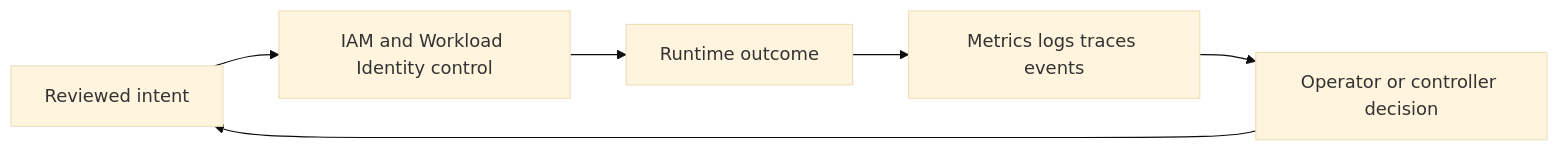
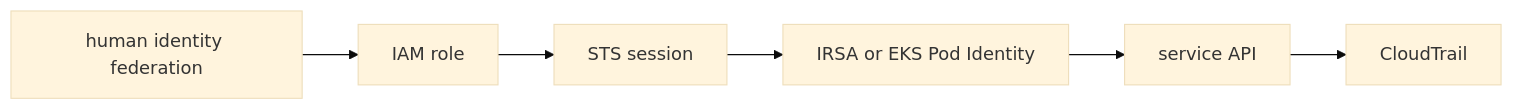
Before and after one commit to m1mohamad/devops-sre-prep: the diagram in docs/study/aws/03-iam-and-workload-identity.md, drawn with Mermaid (base theme). The commit also changed other lines of this file and 61 other files, not shown here.

Commit message:
Replace generic architecture and study templates

````diff
--- a/docs/study/aws/03-iam-and-workload-identity.md
+++ b/docs/study/aws/03-iam-and-workload-identity.md
@@ -20,8 +15,4 @@
 ```mermaid
 flowchart LR
-  Intent[Reviewed intent] --> Control[IAM and Workload Identity control]
-  Control --> Runtime[Runtime outcome]
-  Runtime --> Signals[Metrics logs traces events]
-  Signals --> Decision[Operator or controller decision]
-  Decision --> Intent
+  N0[human identity federation] --> N1[IAM role] --> N2[STS session] --> N3[IRSA or EKS Pod Identity] --> N4[service API] --> N5[CloudTrail]
 ```
````
